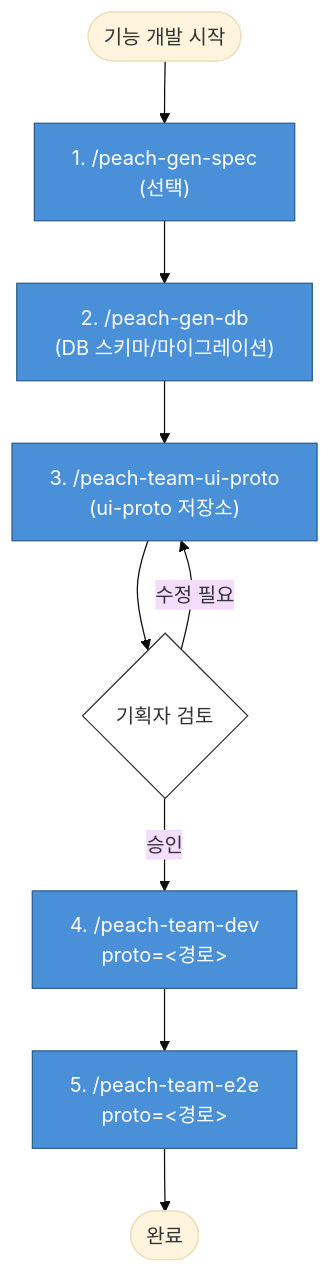
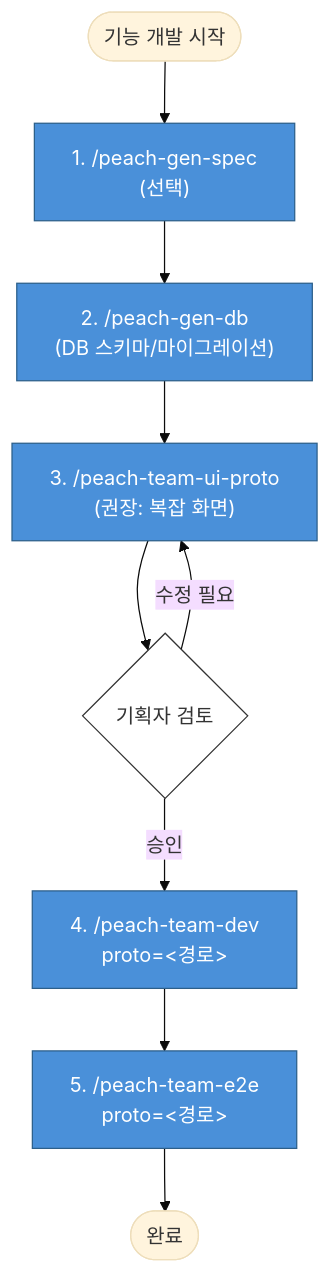
The first of 2 diagrams in docs/03-워크플로우.md (peachSolution/peach-harness), drawn with Mermaid (base theme) before and after one commit. The commit also changed other lines of this file and 13 other files, not shown here.

Commit message:
PRD-first 개발 워크플로우 보강

````diff
--- a/docs/03-워크플로우.md
+++ b/docs/03-워크플로우.md
@@ -12,18 +27,18 @@
 ```mermaid
 flowchart TD
     Start([기능 개발 시작]) --> Spec["1. /peach-gen-spec<br/>(선택)"]
     Spec --> DB["2. /peach-gen-db<br/>(DB 스키마/마이그레이션)"]
-    DB --> Proto["3. /peach-team-ui-proto<br/>(ui-proto 저장소)"]
+    DB --> Proto["3. /peach-team-ui-proto<br/>(권장: 복잡 화면)"]
     Proto --> Review{"기획자 검토"}
     Review -->|수정 필요| Proto
     Review -->|승인| Dev["4. /peach-team-dev<br/>proto=&lt;경로&gt;"]
     Dev --> E2E["5. /peach-team-e2e<br/>proto=&lt;경로&gt;"]
     E2E --> End([완료])
 
     classDef tier1 fill:#4A90D9,stroke:#2C5F8A,color:#fff
     classDef gate fill:#E8913A,stroke:#B5702D,color:#fff
     classDef decision fill:#fff,stroke:#333,color:#333
 
     class Spec,DB,Proto,Dev,E2E tier1
     class Review decision
 ```
````
